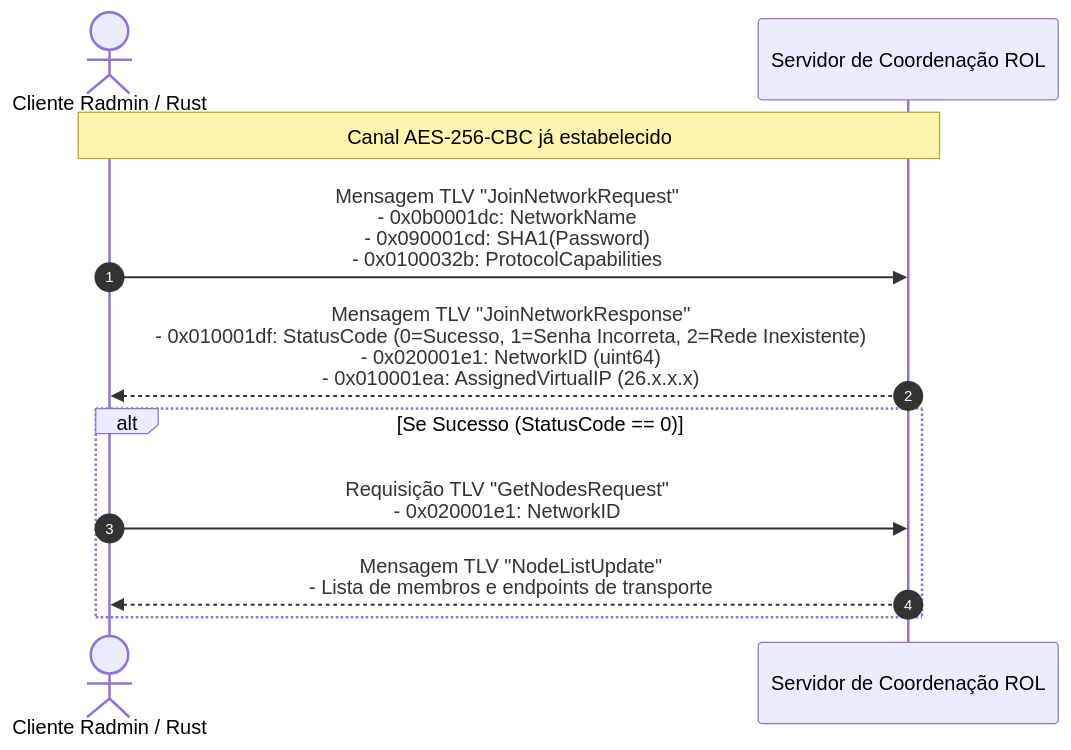
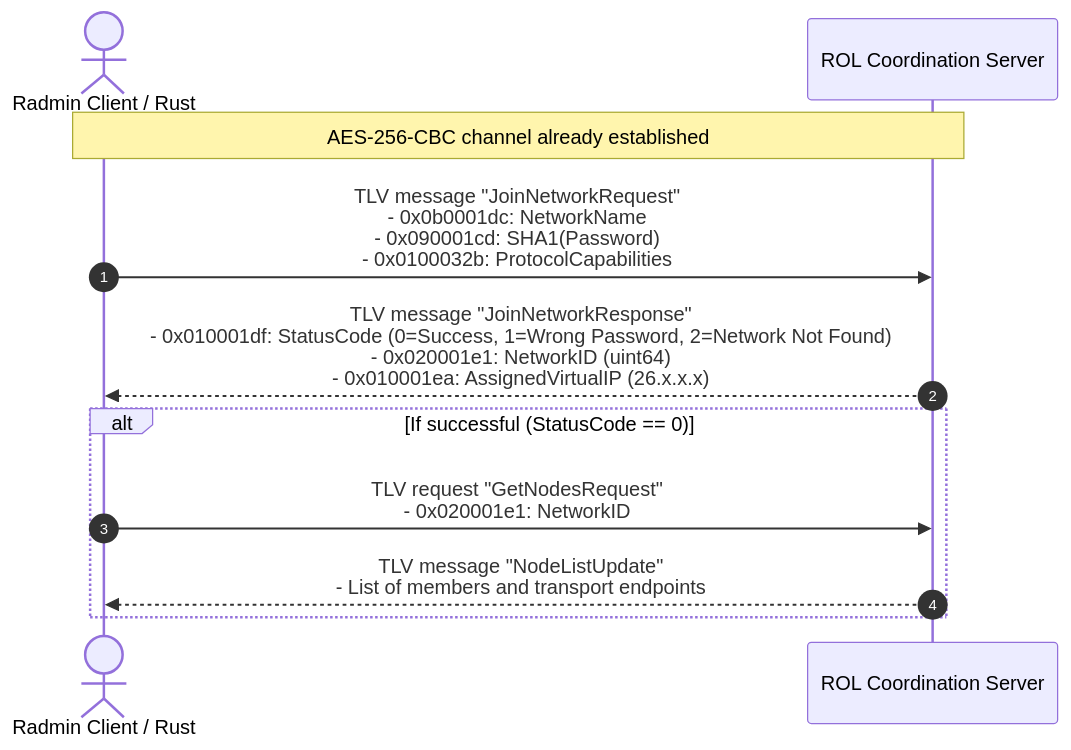
The diagram in docs/reverse-engineering/round-02/04-authentication-networks.md (Pedrodroks34/radmin-vpn-linux-rs), drawn with Mermaid before and after one commit. The commit also changed other lines of this file and 38 other files, not shown here.

````diff
--- a/docs/reverse-engineering/round-02/04-authentication-networks.md
+++ b/docs/reverse-engineering/round-02/04-authentication-networks.md
@@ -61,14 +61,14 @@
 ```mermaid
 sequenceDiagram
     autonumber
-    actor C as Cliente Radmin / Rust
-    participant S as Servidor de Coordenação ROL
+    actor C as Radmin Client / Rust
+    participant S as ROL Coordination Server
 
-    Note over C,S: Canal AES-256-CBC já estabelecido
-    C->>S: Mensagem TLV "JoinNetworkRequest"<br/>- 0x0b0001dc: NetworkName<br/>- 0x090001cd: SHA1(Password)<br/>- 0x0100032b: ProtocolCapabilities
-    S-->>C: Mensagem TLV "JoinNetworkResponse"<br/>- 0x010001df: StatusCode (0=Sucesso, 1=Senha Incorreta, 2=Rede Inexistente)<br/>- 0x020001e1: NetworkID (uint64)<br/>- 0x010001ea: AssignedVirtualIP (26.x.x.x)
-    alt Se Sucesso (StatusCode == 0)
-        C->>S: Requisição TLV "GetNodesRequest"<br/>- 0x020001e1: NetworkID
-        S-->>C: Mensagem TLV "NodeListUpdate"<br/>- Lista de membros e endpoints de transporte
+    Note over C,S: AES-256-CBC channel already established
+    C->>S: TLV message "JoinNetworkRequest"<br/>- 0x0b0001dc: NetworkName<br/>- 0x090001cd: SHA1(Password)<br/>- 0x0100032b: ProtocolCapabilities
+    S-->>C: TLV message "JoinNetworkResponse"<br/>- 0x010001df: StatusCode (0=Success, 1=Wrong Password, 2=Network Not Found)<br/>- 0x020001e1: NetworkID (uint64)<br/>- 0x010001ea: AssignedVirtualIP (26.x.x.x)
+    alt If successful (StatusCode == 0)
+        C->>S: TLV request "GetNodesRequest"<br/>- 0x020001e1: NetworkID
+        S-->>C: TLV message "NodeListUpdate"<br/>- List of members and transport endpoints
     end
 ```
````
